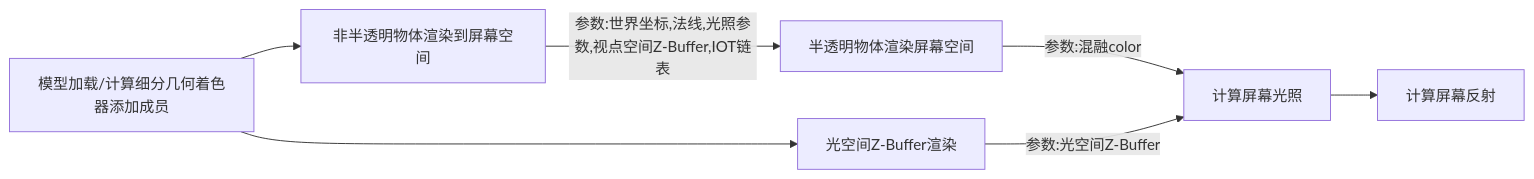
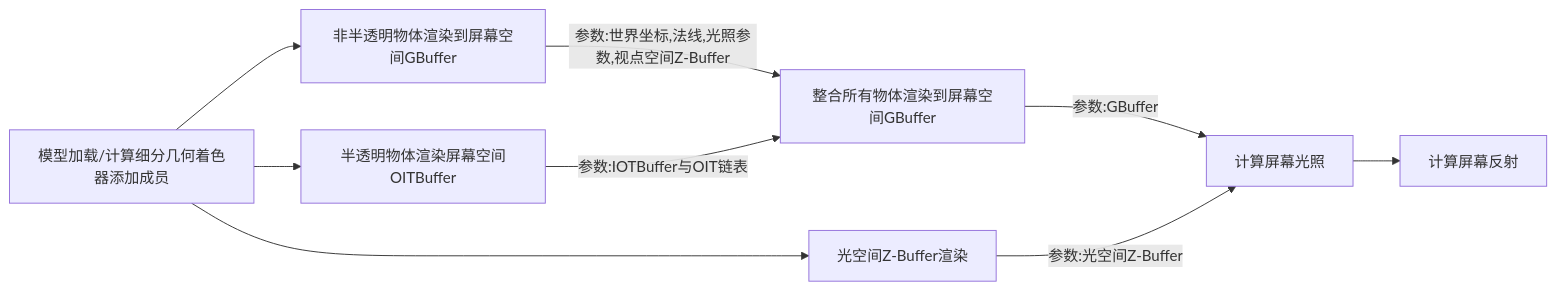
The first of 4 diagrams in document/Structure.md (angrypop/CGProject), drawn with Mermaid before and after one commit. The commit also changed 1 other file, not shown here.

Commit message:
add task;fix pipeline

````diff
--- a/document/Structure.md
+++ b/document/Structure.md
@@ -3,8 +3,10 @@
 ```mermaid
 graph LR
-   模型加载/计算细分几何着色器添加成员 --> 非半透明物体渲染到屏幕空间 -->|参数:世界坐标,法线,光照参数,视点空间Z-Buffer,IOT链表| 半透明物体渲染屏幕空间
+   模型加载/计算细分几何着色器添加成员 --> 非半透明物体渲染到屏幕空间GBuffer -->|参数:世界坐标,法线,光照参数,视点空间Z-Buffer| 整合所有物体渲染到屏幕空间GBuffer
    模型加载/计算细分几何着色器添加成员 --> 光空间Z-Buffer渲染
-   半透明物体渲染屏幕空间 -->|参数:混融color| 计算屏幕光照
+   半透明物体渲染屏幕空间OITBuffer -->|参数:IOTBuffer与OIT链表| 整合所有物体渲染到屏幕空间GBuffer
+   -->|参数:GBuffer| 计算屏幕光照
    光空间Z-Buffer渲染 -->|参数:光空间Z-Buffer| 计算屏幕光照
    计算屏幕光照 --> 计算屏幕反射
+   模型加载/计算细分几何着色器添加成员 --> 半透明物体渲染屏幕空间OITBuffer
 ```
````
